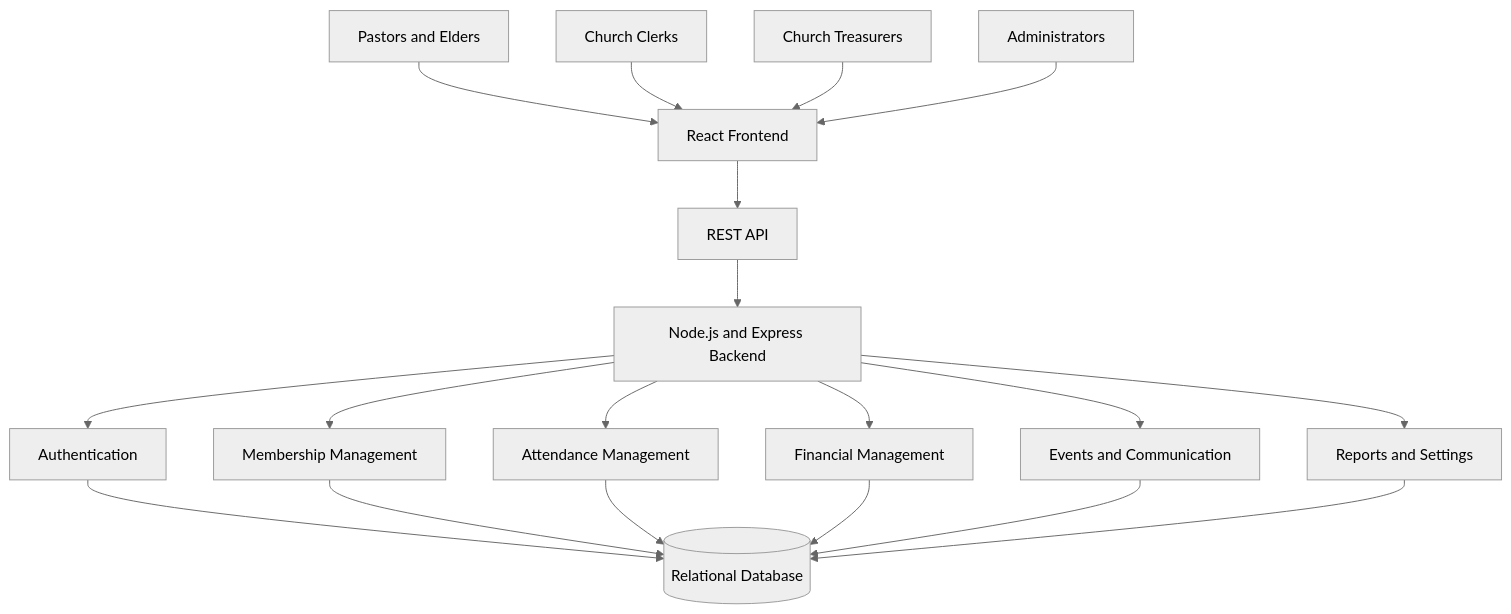
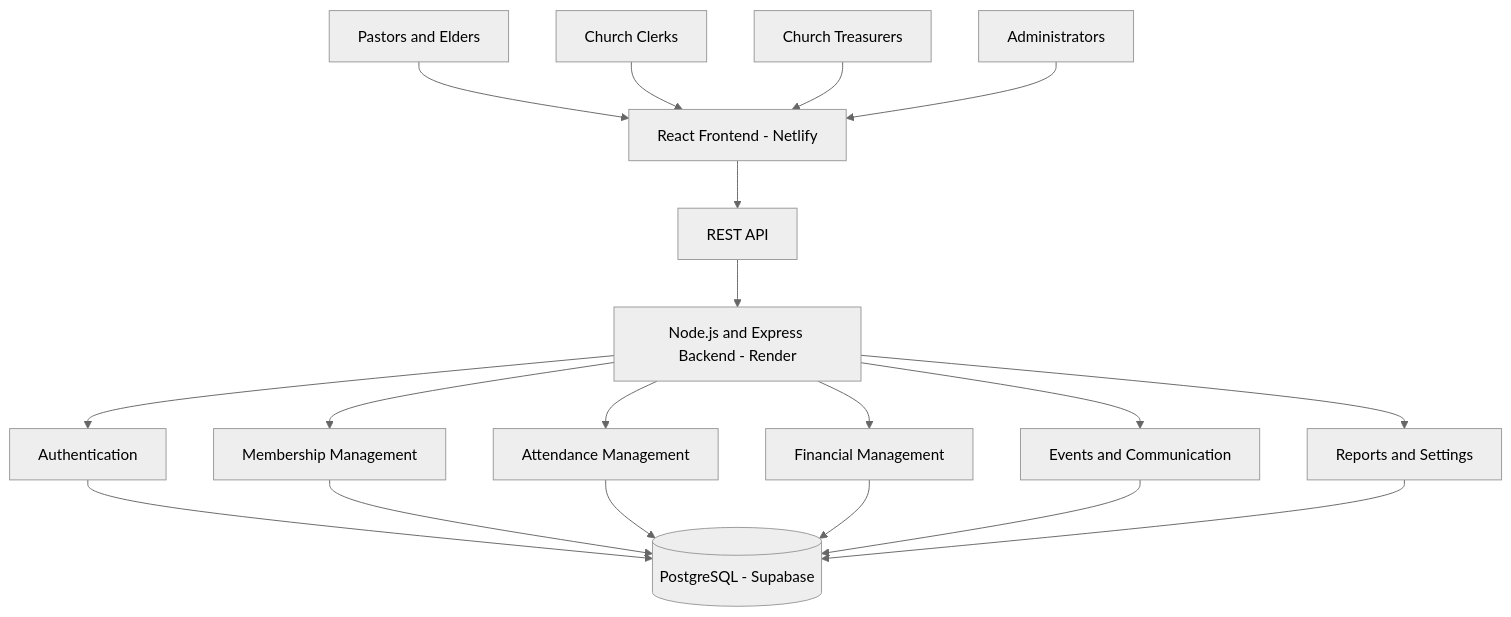
The first of 2 diagrams in README.md (nancymunkombwe/Ministry-Hub), drawn with Mermaid (neutral theme) before and after one commit. The commit also changed other lines of this file, not shown here.

````diff
--- a/README.md
+++ b/README.md
@@ -356,24 +363,24 @@
 ```mermaid
 flowchart TD
-    A[Pastors and Elders] --> E[React Frontend]
+    A[Pastors and Elders] --> E[React Frontend - Netlify]
     B[Church Clerks] --> E
     C[Church Treasurers] --> E
     D[Administrators] --> E
 
     E --> F[REST API]
-    F --> G[Node.js and Express Backend]
+    F --> G[Node.js and Express Backend - Render]
 
     G --> H[Authentication]
     G --> I[Membership Management]
     G --> J[Attendance Management]
     G --> K[Financial Management]
     G --> L[Events and Communication]
     G --> M[Reports and Settings]
 
-    H --> N[(Relational Database)]
+    H --> N[(PostgreSQL - Supabase)]
     I --> N
     J --> N
     K --> N
     L --> N
     M --> N
 ```
````
